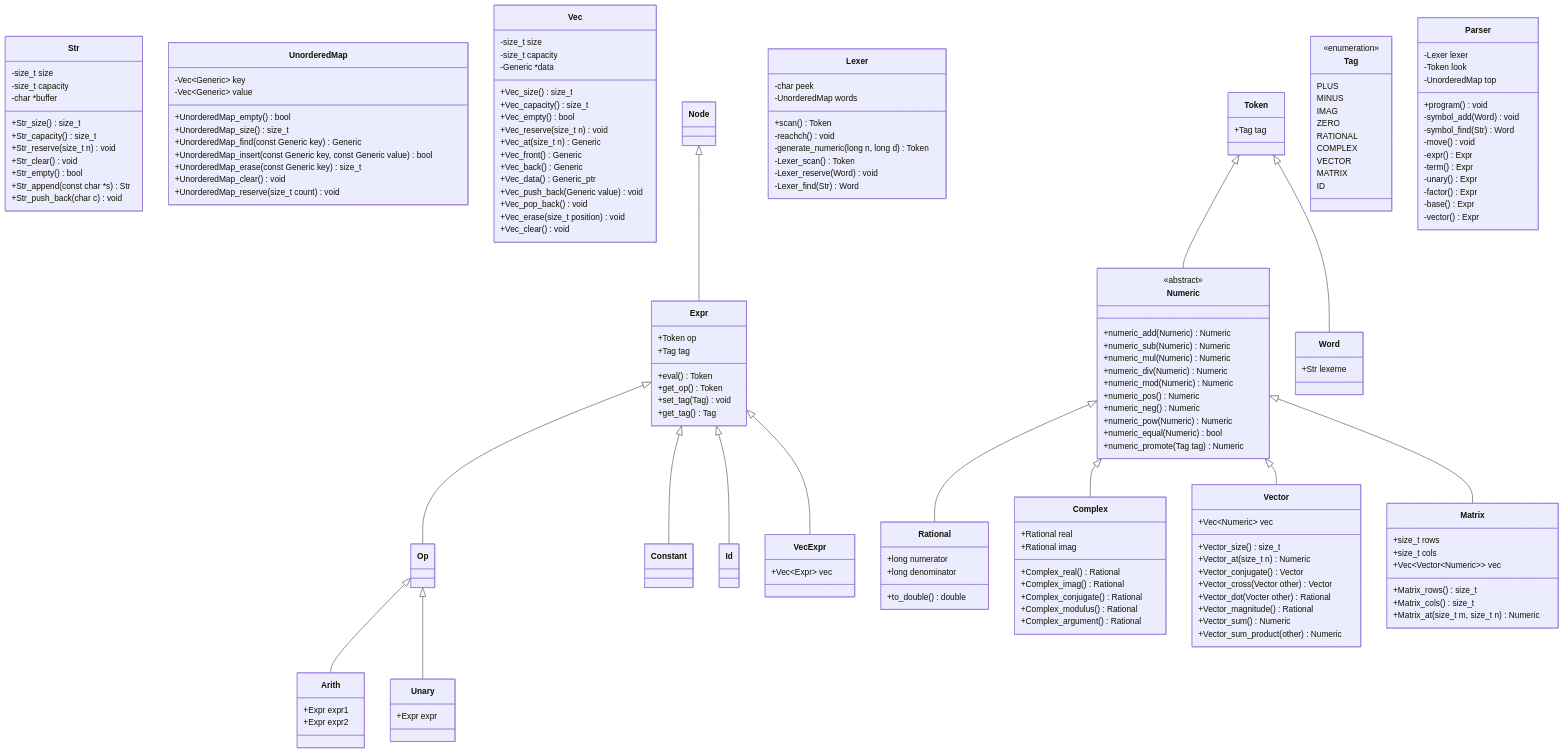
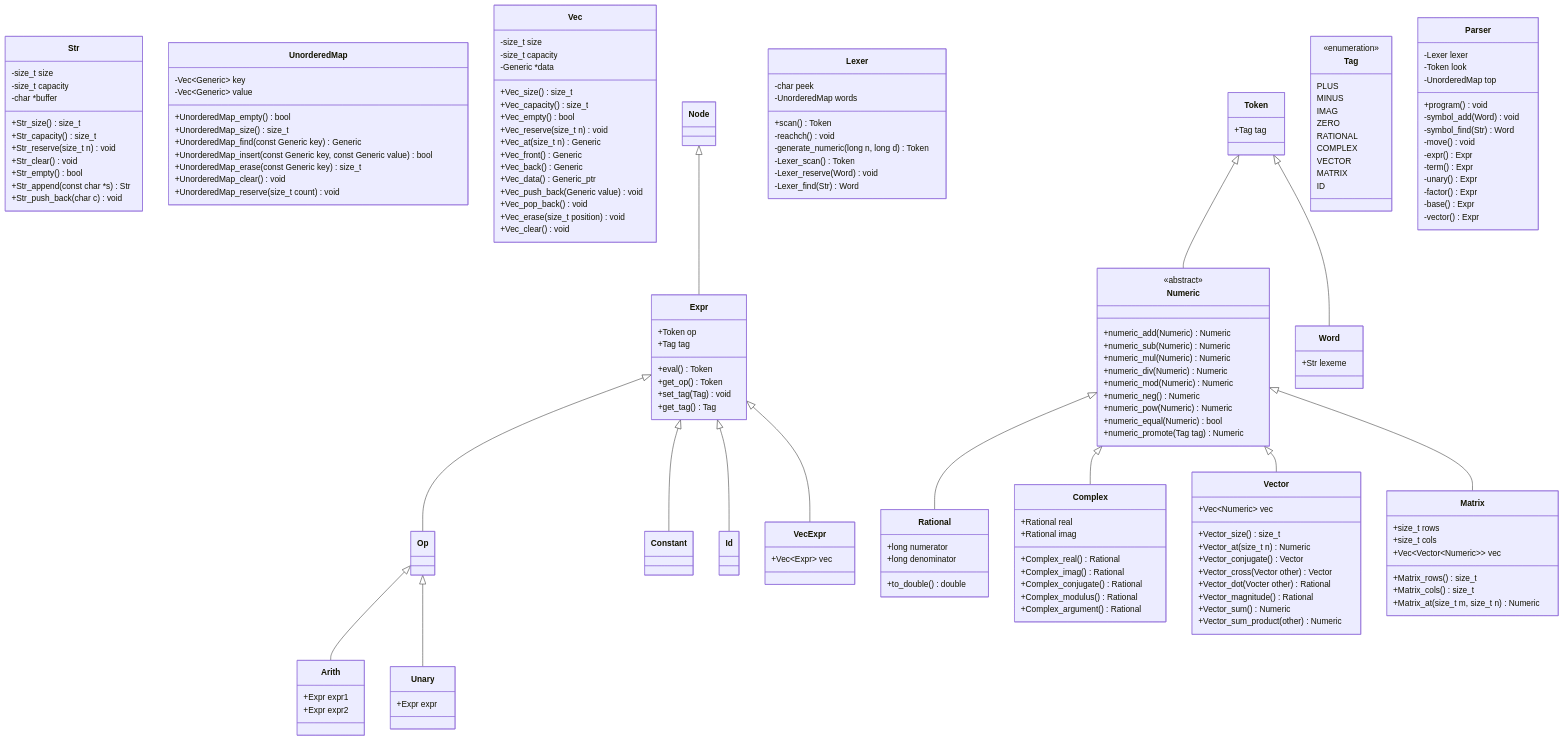
One commit to nwhean/42_computorv changed the diagram in diagram.md. Above: the diagram before and after it, drawn with Mermaid. The commit also changed 7 other files, not shown here.

Commit message:
Removed unnecessary 'numeric_pos' function

```diff
--- a/diagram.md
+++ b/diagram.md
@@ -126,7 +126,6 @@
 		+numeric_mul(Numeric) Numeric
 		+numeric_div(Numeric) Numeric
 		+numeric_mod(Numeric) Numeric
-		+numeric_pos() Numeric
 		+numeric_neg() Numeric
 		+numeric_pow(Numeric) Numeric
 		+numeric_equal(Numeric) bool
```
